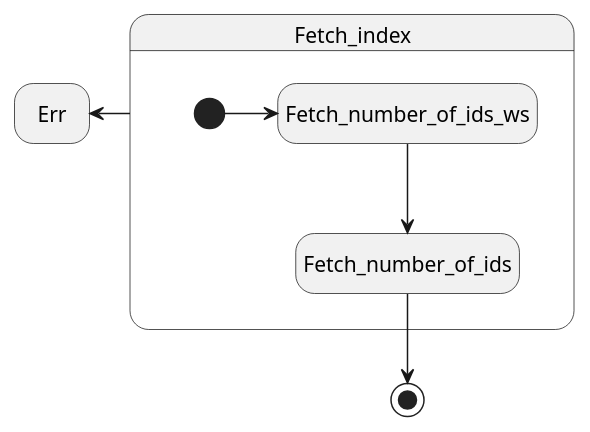
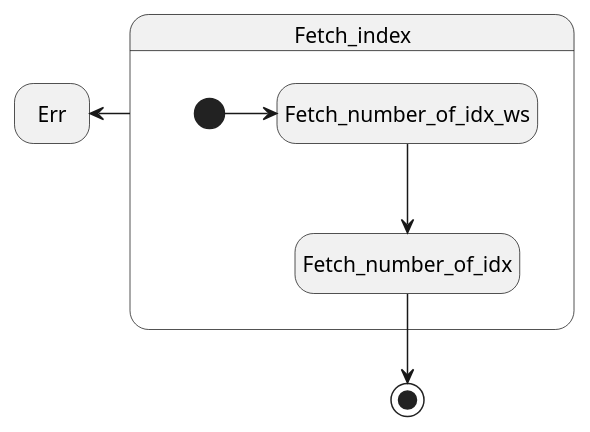
Before and after one commit to Powerage1978/pulsesync_fpga: the diagram in docs/puml/sc_index_read.puml, drawn with PlantUML. The commit also changed 44 other files, not shown here.

```diff
--- a/docs/puml/sc_index_read.puml
+++ b/docs/puml/sc_index_read.puml
@@ -1,18 +1,18 @@
 @startuml
 
 hide empty description
 
 state Err
 
 state Fetch_index {
-    [*] -> Fetch_number_of_ids_ws
-    state Fetch_number_of_ids_ws
-    state Fetch_number_of_ids
-    Fetch_number_of_ids_ws --> Fetch_number_of_ids
+    [*] -> Fetch_number_of_idx_ws
+    state Fetch_number_of_idx_ws
+    state Fetch_number_of_idx
+    Fetch_number_of_idx_ws --> Fetch_number_of_idx
 }
 
 Fetch_index -left-> Err
 
-Fetch_number_of_ids --> [*]
+Fetch_number_of_idx --> [*]
 
 @enduml
```
